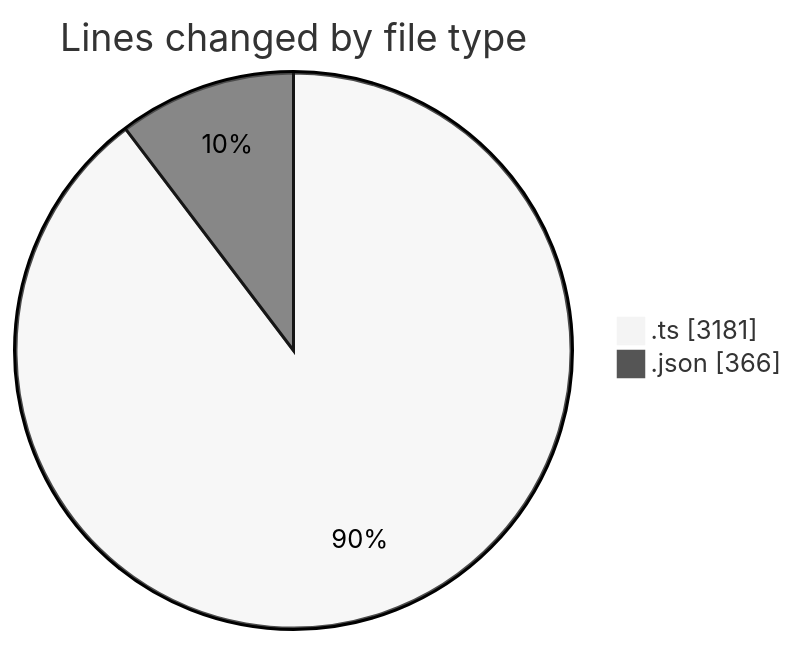
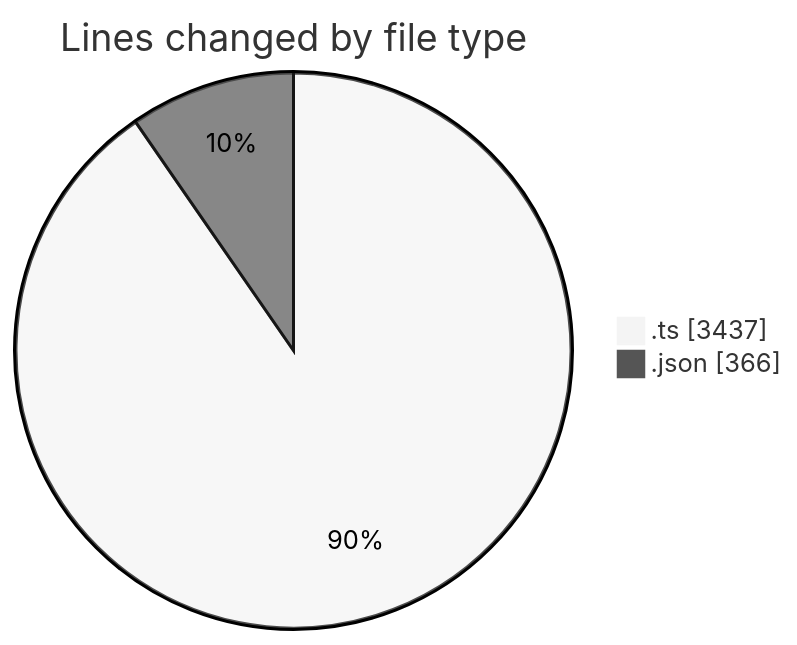
Before and after one commit to momahboobian/code-tracking: the first of 2 diagrams in 2025-10-27/cda/README.md, drawn with Mermaid (neutral theme). The commit also changed other lines of this file and 1 other file, not shown here.

````diff
--- a/2025-10-27/cda/README.md
+++ b/2025-10-27/cda/README.md
@@ -26,6 +26,6 @@
 ```mermaid
 pie showData
 title Lines changed by file type
-".ts" : 3181
+".ts" : 3437
 ".json" : 366
 ```
````
